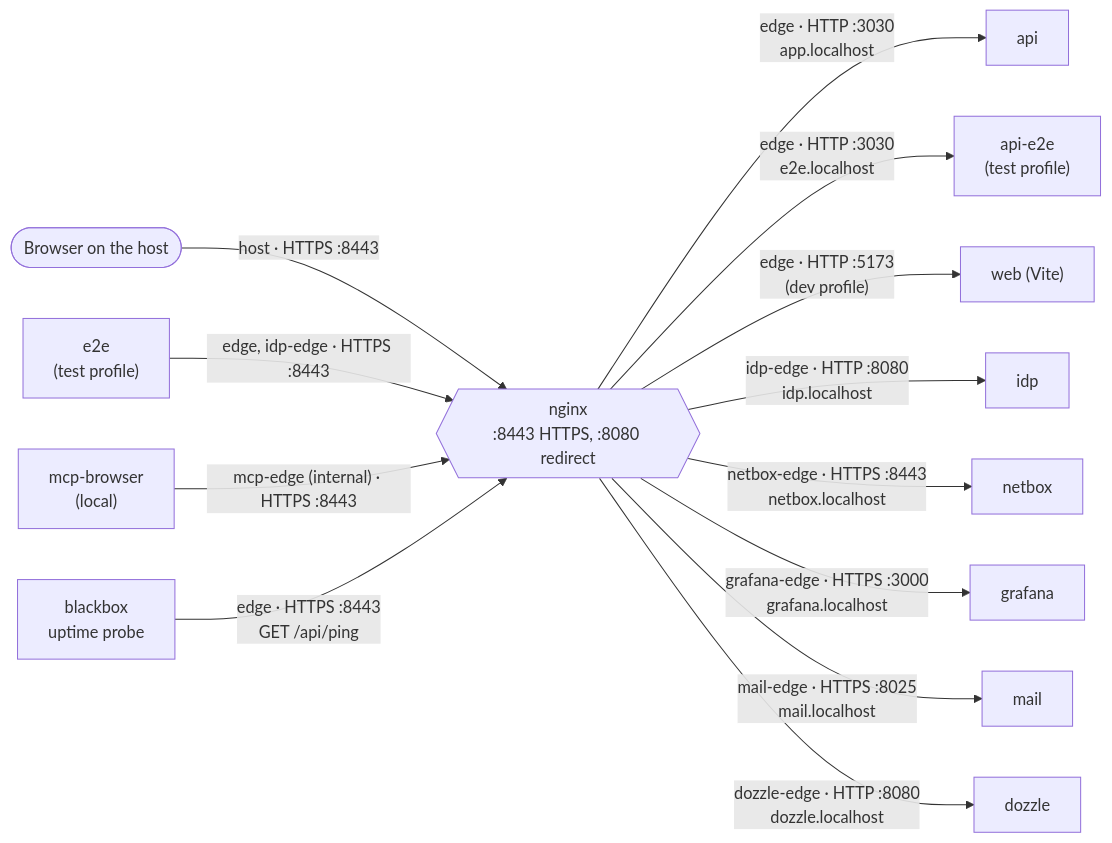
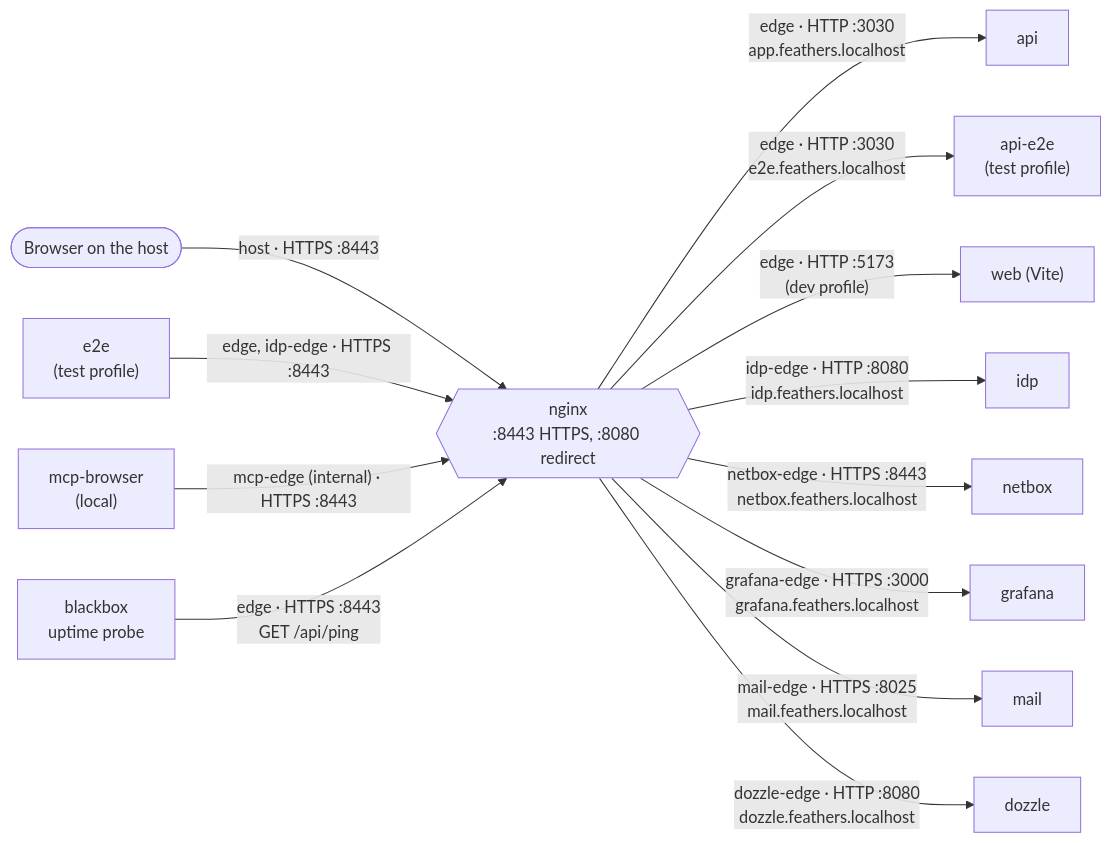
One commit to rabalyn/feathers-skeleton-stack changed the second of 2 diagrams in docs/adr_v2/diagrams/topology.md. Above: the diagram before and after it, drawn with Mermaid. The commit also changed 72 other files, not shown here.

````diff
--- a/docs/adr_v2/diagrams/topology.md
+++ b/docs/adr_v2/diagrams/topology.md
@@ -101,23 +101,23 @@
 ```mermaid
 flowchart LR
   browser(["Browser on the host"])
   e2e["e2e<br>(test profile)"]
   mcp["mcp-browser<br>(local)"]
   blackbox["blackbox<br>uptime probe"]
 
   nginx{{"nginx<br>:8443 HTTPS, :8080 redirect"}}
 
   browser -->|"host · HTTPS :8443"| nginx
   e2e -->|"edge, idp-edge · HTTPS :8443"| nginx
   mcp -->|"mcp-edge (internal) · HTTPS :8443"| nginx
   blackbox -->|"edge · HTTPS :8443<br>GET /api/ping"| nginx
 
-  nginx -->|"edge · HTTP :3030<br>app.localhost"| api["api"]
-  nginx -->|"edge · HTTP :3030<br>e2e.localhost"| apiE2e["api-e2e<br>(test profile)"]
+  nginx -->|"edge · HTTP :3030<br>app.feathers.localhost"| api["api"]
+  nginx -->|"edge · HTTP :3030<br>e2e.feathers.localhost"| apiE2e["api-e2e<br>(test profile)"]
   nginx -->|"edge · HTTP :5173<br>(dev profile)"| web["web (Vite)"]
-  nginx -->|"idp-edge · HTTP :8080<br>idp.localhost"| idp["idp"]
-  nginx -->|"netbox-edge · HTTPS :8443<br>netbox.localhost"| netbox["netbox"]
-  nginx -->|"grafana-edge · HTTPS :3000<br>grafana.localhost"| grafana["grafana"]
-  nginx -->|"mail-edge · HTTPS :8025<br>mail.localhost"| mail["mail"]
-  nginx -->|"dozzle-edge · HTTP :8080<br>dozzle.localhost"| dozzle["dozzle"]
+  nginx -->|"idp-edge · HTTP :8080<br>idp.feathers.localhost"| idp["idp"]
+  nginx -->|"netbox-edge · HTTPS :8443<br>netbox.feathers.localhost"| netbox["netbox"]
+  nginx -->|"grafana-edge · HTTPS :3000<br>grafana.feathers.localhost"| grafana["grafana"]
+  nginx -->|"mail-edge · HTTPS :8025<br>mail.feathers.localhost"| mail["mail"]
+  nginx -->|"dozzle-edge · HTTP :8080<br>dozzle.feathers.localhost"| dozzle["dozzle"]
 ```
````
